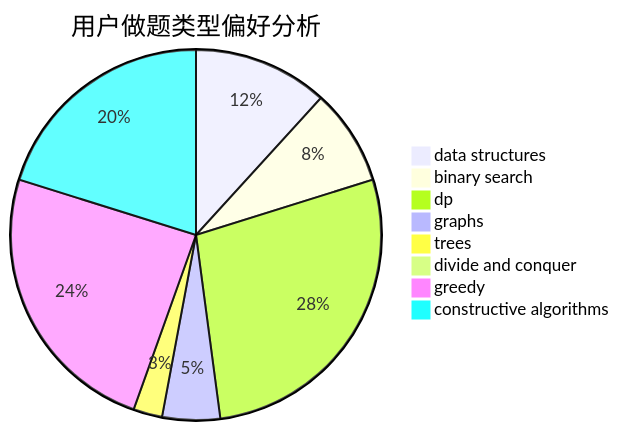
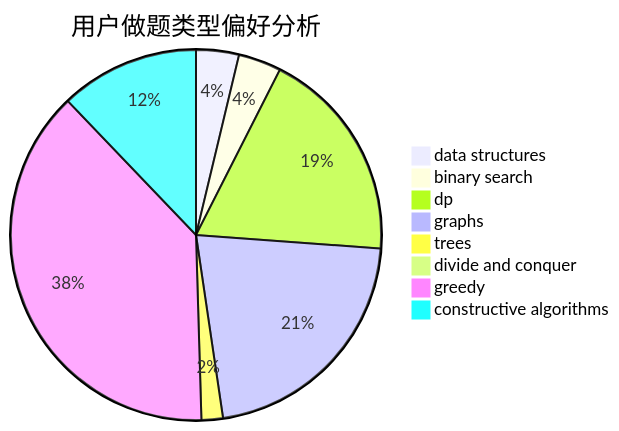
One commit to sherpahu/cfrs.github.io changed the second of 3 diagrams in docs/user/u2200.md. Above: the diagram before and after it, drawn with Mermaid. The commit also changed other lines of this file and 2770 other files, not shown here.

````diff
--- a/docs/user/u2200.md
+++ b/docs/user/u2200.md
@@ -23,11 +23,11 @@
 ```mermaid
 pie title 用户做题类型偏好分析
-    "data structures" :  14
-    "binary search" :  10
-    "dp" :  33
-    "graphs" :  6
-    "trees" :  3
-    "divide and conquer" :  0
-    "greedy" :  29
-    "constructive algorithms" :  24
+    "data structures" :  4
+    "binary search" :  4
+    "dp" :  20
+    "graphs" :  23
+    "trees" :  2
+    "divide and conquer" :  1
+    "greedy" :  41
+    "constructive algorithms" :  13
 ```
````
